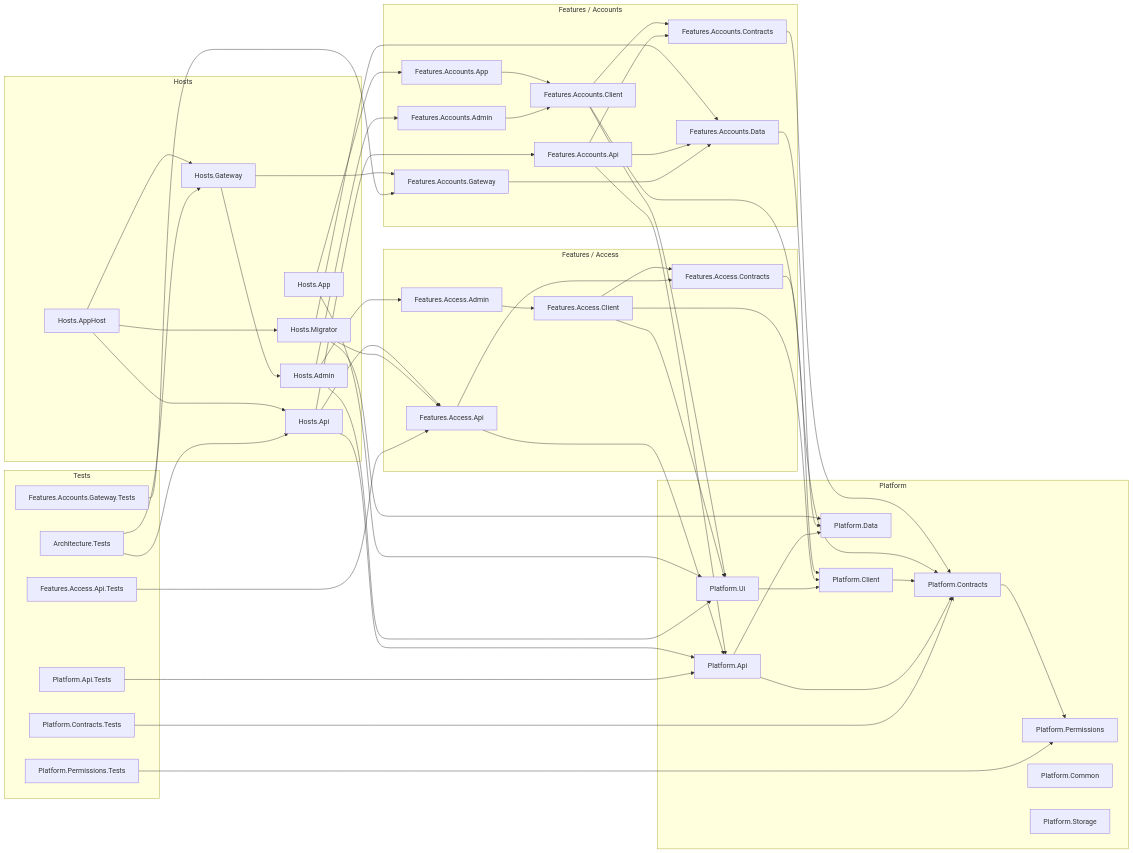
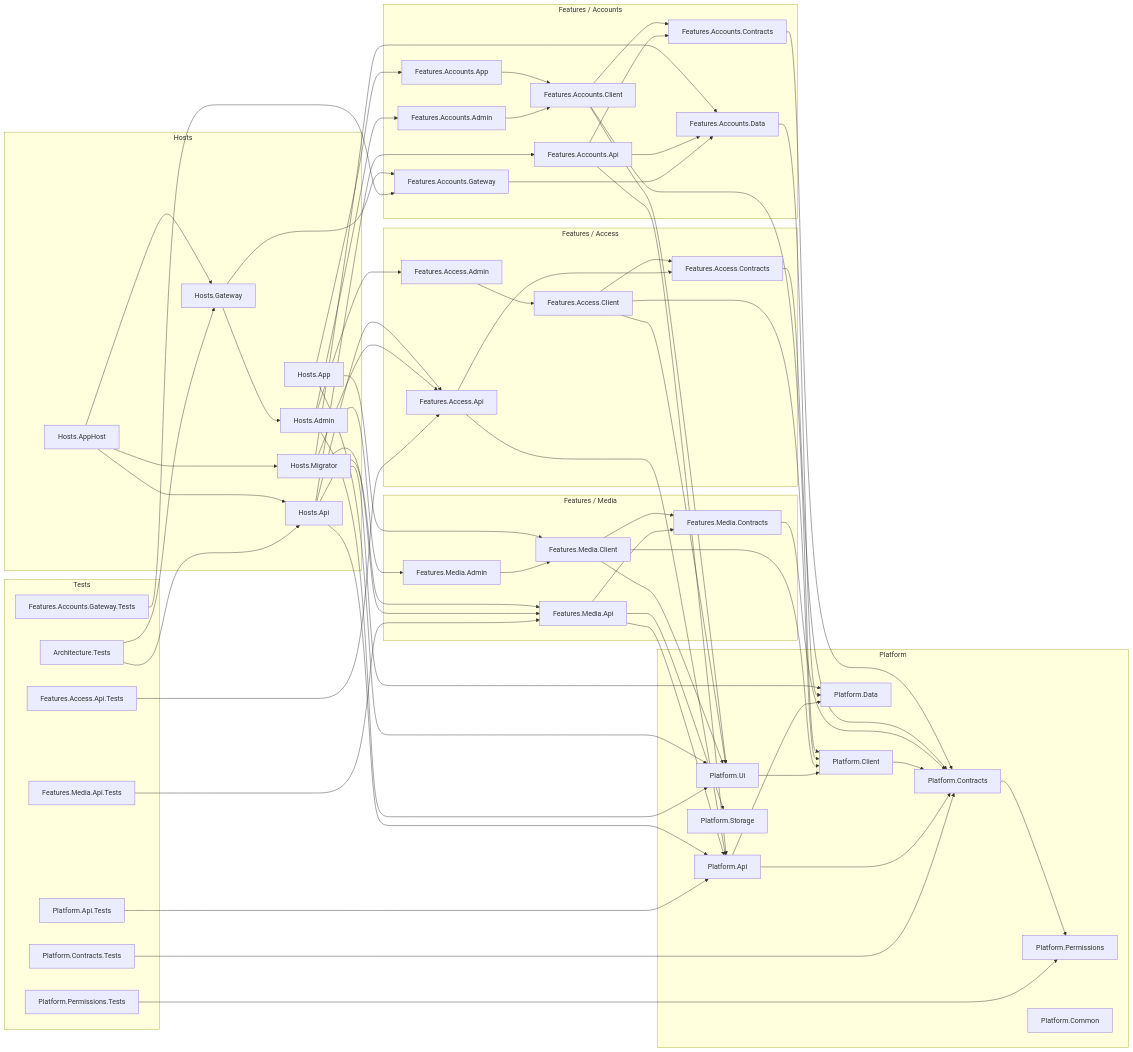
The first of 2 diagrams in docs/architecture/repo-layout.md (Asherslab/GSBC.ChurchApp), drawn with Mermaid before and after one commit. The commit also changed other lines of this file and 72 other files, not shown here.

````diff
--- a/docs/architecture/repo-layout.md
+++ b/docs/architecture/repo-layout.md
@@ -88,6 +88,13 @@
         AccessContracts["Features.Access.Contracts"]
     end
 
+    subgraph Media["Features / Media"]
+        MediaAdmin["Features.Media.Admin"]
+        MediaClient["Features.Media.Client"]
+        MediaApi["Features.Media.Api"]
+        MediaContracts["Features.Media.Contracts"]
+    end
+
     subgraph Platform
         PlatformUi["Platform.Ui"]
         PlatformClient["Platform.Client"]
@@ -106,14 +113,15 @@
         ApiTests["Platform.Api.Tests"]
         GatewayTests["Features.Accounts.Gateway.Tests"]
         AccessTests["Features.Access.Api.Tests"]
+        MediaTests["Features.Media.Api.Tests"]
     end
 
     HostsAppHost --> HostsApi & HostsGateway & HostsMigrator
     HostsGateway --> HostsAdmin & AccountsGateway
-    HostsApp --> AccountsApp & PlatformUi
-    HostsAdmin --> PlatformUi & AccountsAdmin & AccessAdmin
-    HostsApi --> AccountsApi & AccessApi & PlatformApi
-    HostsMigrator --> PlatformData & AccountsData & AccessApi
+    HostsApp --> AccountsApp & PlatformUi & MediaClient
+    HostsAdmin --> PlatformUi & AccountsAdmin & AccessAdmin & MediaAdmin
+    HostsApi --> AccountsApi & AccessApi & MediaApi & PlatformApi
+    HostsMigrator --> PlatformData & AccountsData & AccessApi & MediaApi
 
     AccountsApp --> AccountsClient
     AccountsAdmin --> AccountsClient
@@ -128,6 +136,11 @@
     AccessApi --> AccessContracts & PlatformApi
     AccessContracts --> PlatformContracts
 
+    MediaAdmin --> MediaClient
+    MediaClient --> MediaContracts & PlatformClient & PlatformUi
+    MediaApi --> MediaContracts & PlatformApi & PlatformStorage
+    MediaContracts --> PlatformContracts
+
     PlatformUi --> PlatformClient
     PlatformClient --> PlatformContracts
     PlatformApi --> PlatformContracts & PlatformData
@@ -139,4 +152,5 @@
     ApiTests --> PlatformApi
     GatewayTests --> AccountsGateway
     AccessTests --> AccessApi
+    MediaTests --> MediaApi
 ```
````
